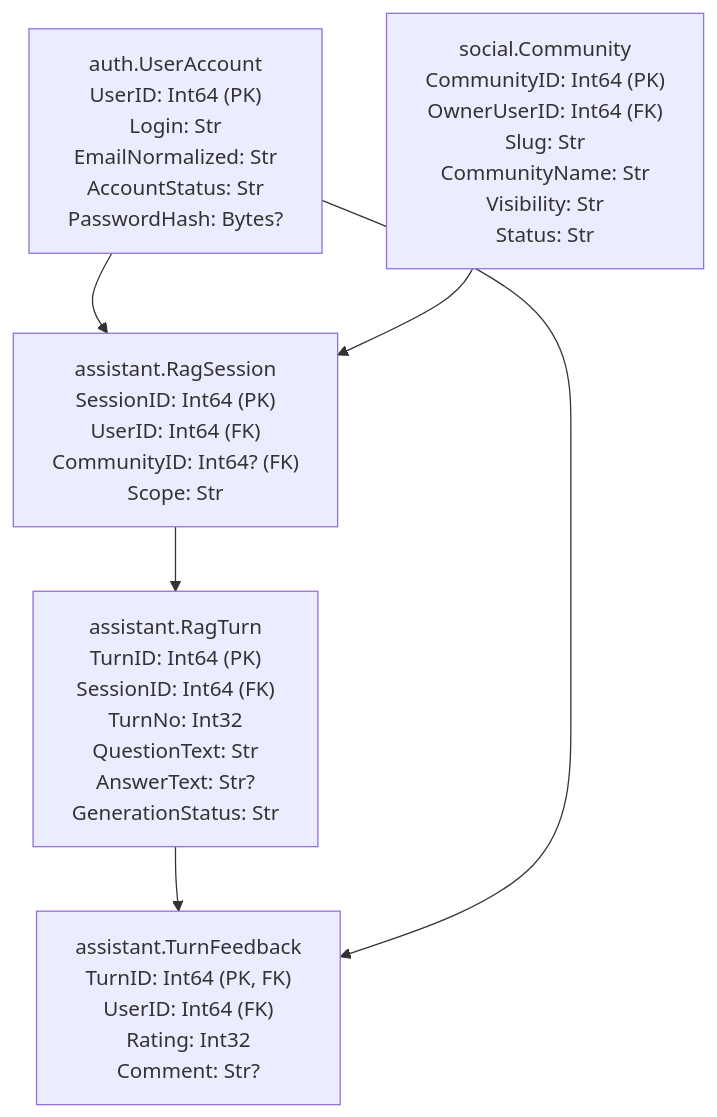
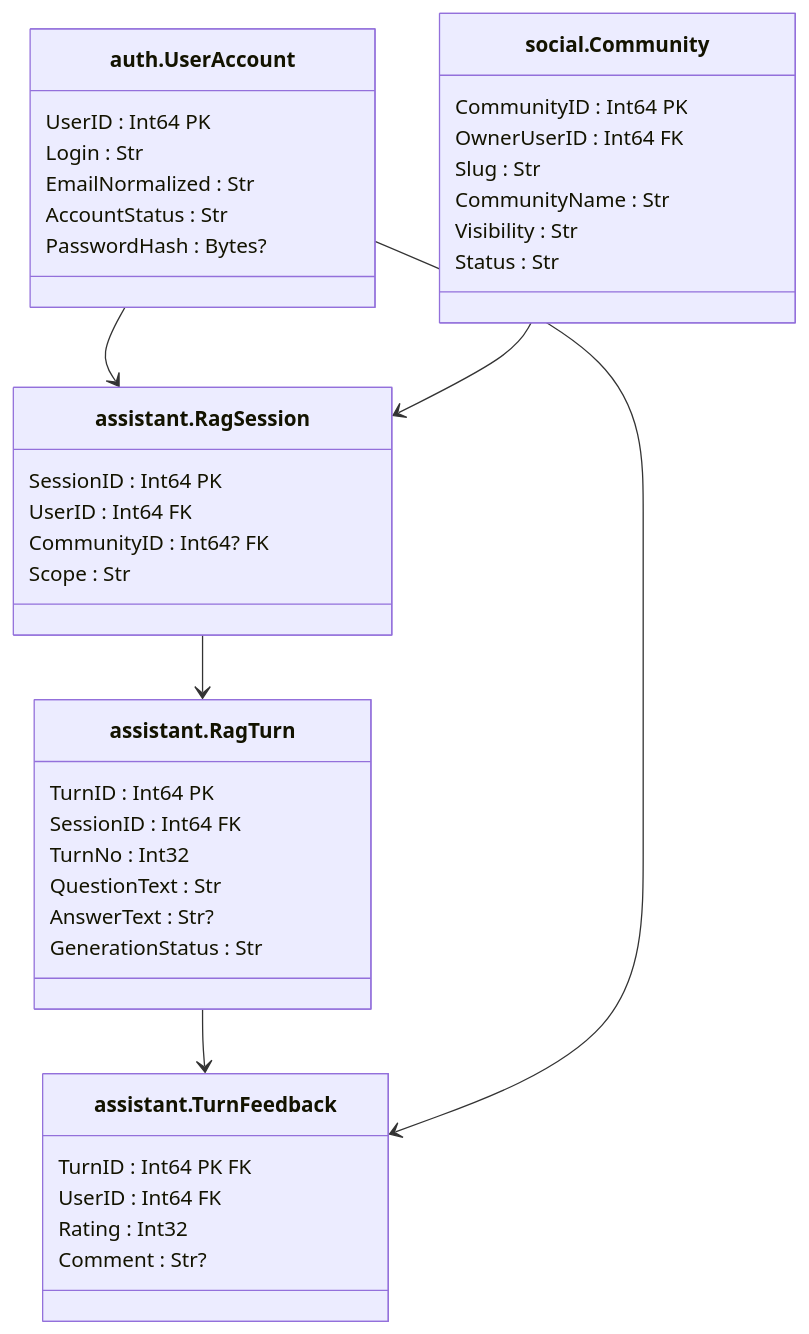
One commit to lkeey/BIVT-labs changed diagram 11 of 15 in 03SQL-CourseWork/architecture/database-model.md. Above: the diagram before and after it, drawn with Mermaid. The commit also changed other lines of this file, not shown here.

Commit message:
docs: center database table titles in diagrams

```diff
--- a/03SQL-CourseWork/architecture/database-model.md
+++ b/03SQL-CourseWork/architecture/database-model.md
@@ -149,12 +429,44 @@
 ~~~mermaid
-flowchart TB
-    U["auth.UserAccount<br/>UserID: Int64 (PK)<br/>Login: Str<br/>EmailNormalized: Str<br/>AccountStatus: Str<br/>PasswordHash: Bytes?"]
-    C["social.Community<br/>CommunityID: Int64 (PK)<br/>OwnerUserID: Int64 (FK)<br/>Slug: Str<br/>CommunityName: Str<br/>Visibility: Str<br/>Status: Str"]
-    S["assistant.RagSession<br/>SessionID: Int64 (PK)<br/>UserID: Int64 (FK)<br/>CommunityID: Int64? (FK)<br/>Scope: Str"]
-    T["assistant.RagTurn<br/>TurnID: Int64 (PK)<br/>SessionID: Int64 (FK)<br/>TurnNo: Int32<br/>QuestionText: Str<br/>AnswerText: Str?<br/>GenerationStatus: Str"]
-    F["assistant.TurnFeedback<br/>TurnID: Int64 (PK, FK)<br/>UserID: Int64 (FK)<br/>Rating: Int32<br/>Comment: Str?"]
+classDiagram
+    direction TB
+    class U["auth.UserAccount"] {
+        UserID : Int64 PK
+        Login : Str
+        EmailNormalized : Str
+        AccountStatus : Str
+        PasswordHash : Bytes?
+    }
+    class C["social.Community"] {
+        CommunityID : Int64 PK
+        OwnerUserID : Int64 FK
+        Slug : Str
+        CommunityName : Str
+        Visibility : Str
+        Status : Str
+    }
+    class S["assistant.RagSession"] {
+        SessionID : Int64 PK
+        UserID : Int64 FK
+        CommunityID : Int64? FK
+        Scope : Str
+    }
+    class T["assistant.RagTurn"] {
+        TurnID : Int64 PK
+        SessionID : Int64 FK
+        TurnNo : Int32
+        QuestionText : Str
+        AnswerText : Str?
+        GenerationStatus : Str
+    }
+    class F["assistant.TurnFeedback"] {
+        TurnID : Int64 PK FK
+        UserID : Int64 FK
+        Rating : Int32
+        Comment : Str?
+    }
     U --> S
     C --> S
-    S --> T --> F
+    S --> T
+    T --> F
     U --> F
 ~~~
```
